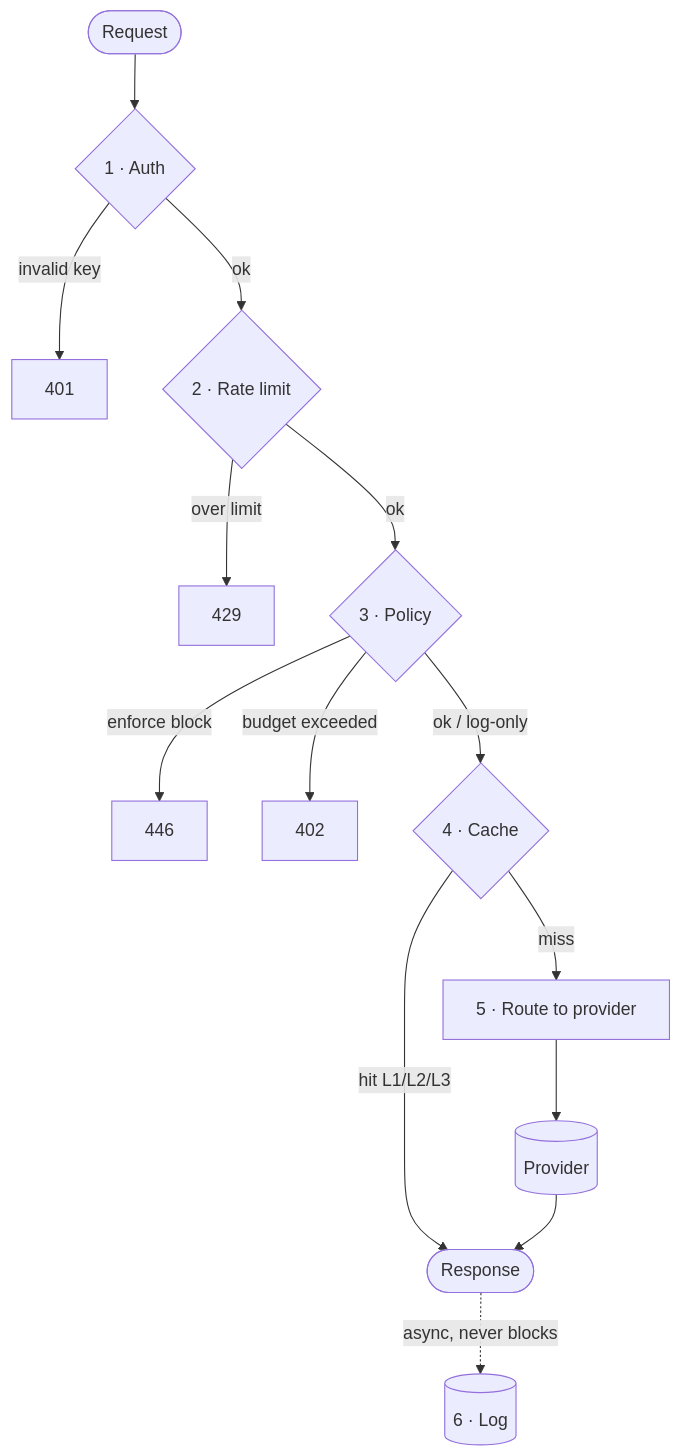
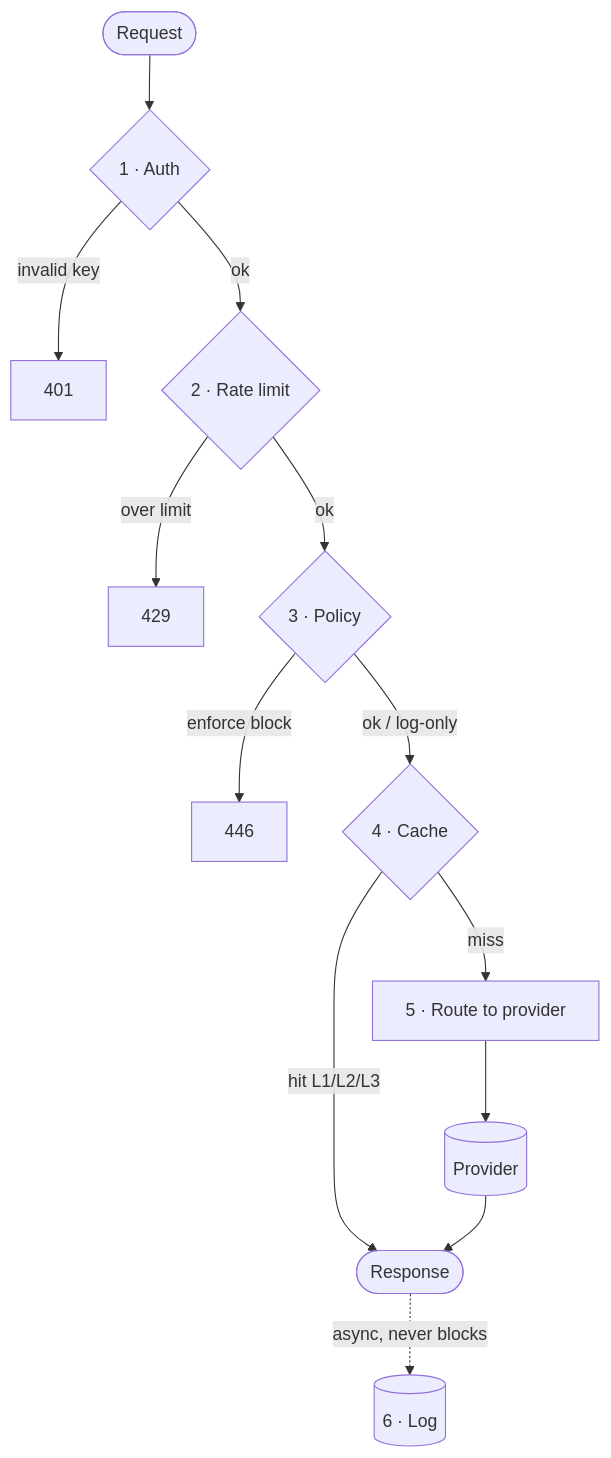
Before and after one commit to Rayyan-Oumlil/OpenProxyAI: the diagram in docs-site/blog/2026-07-29-four-milliseconds.md, drawn with Mermaid. The commit also changed other lines of this file and 57 other files, not shown here.

Commit message:
docs: ten new blog posts; correct docs, website and template text against the code (headers, policy model, retention, key rotation, budget status codes)

````diff
--- a/docs-site/blog/2026-07-29-four-milliseconds.md
+++ b/docs-site/blog/2026-07-29-four-milliseconds.md
@@ -14,16 +14,15 @@
 ```mermaid
 flowchart TD
     Req([Request]) --> Auth{1 · Auth}
     Auth -->|invalid key| R401[401]
     Auth -->|ok| Rate{2 · Rate limit}
     Rate -->|over limit| R429[429]
     Rate -->|ok| Policy{3 · Policy}
     Policy -->|enforce block| R446[446]
-    Policy -->|budget exceeded| R402[402]
     Policy -->|ok / log-only| Cache{4 · Cache}
     Cache -->|hit L1/L2/L3| Resp([Response])
     Cache -->|miss| Route[5 · Route to provider]
     Route --> Provider[(Provider)]
     Provider --> Resp
     Resp -.->|async, never blocks| Log[(6 · Log)]
 ```
````
